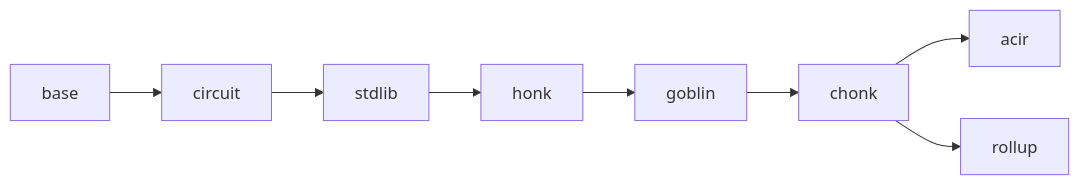
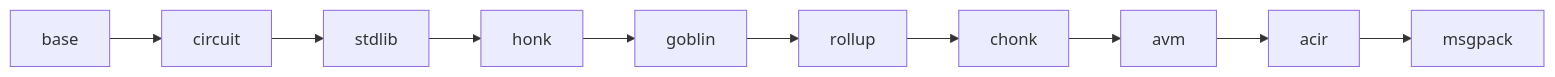
Before and after one commit to charlielye/bb-ref: the diagram in README.md, drawn with Mermaid. The commit also changed other lines of this file and 70 other files, not shown here.

````diff
--- a/README.md
+++ b/README.md
@@ -88,5 +87,4 @@
 ```mermaid
 graph LR
-  base --> circuit --> stdlib --> honk --> goblin --> chonk --> acir
-  chonk --> rollup
+  base --> circuit --> stdlib --> honk --> goblin --> rollup --> chonk --> avm --> acir --> msgpack
 ```
````
